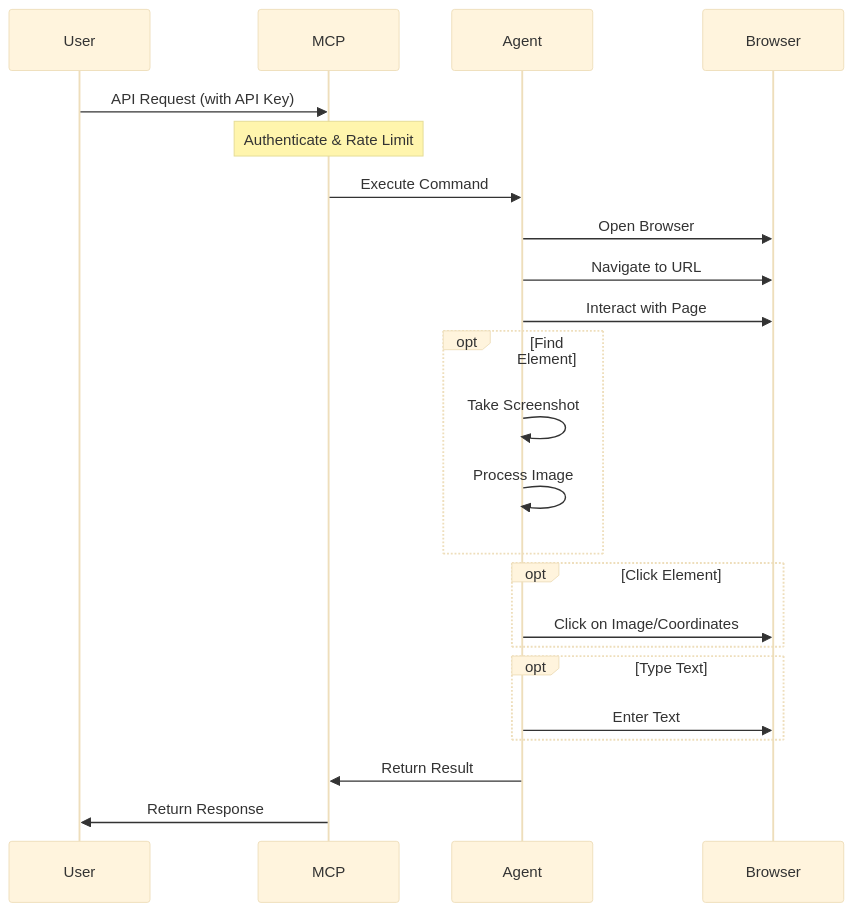
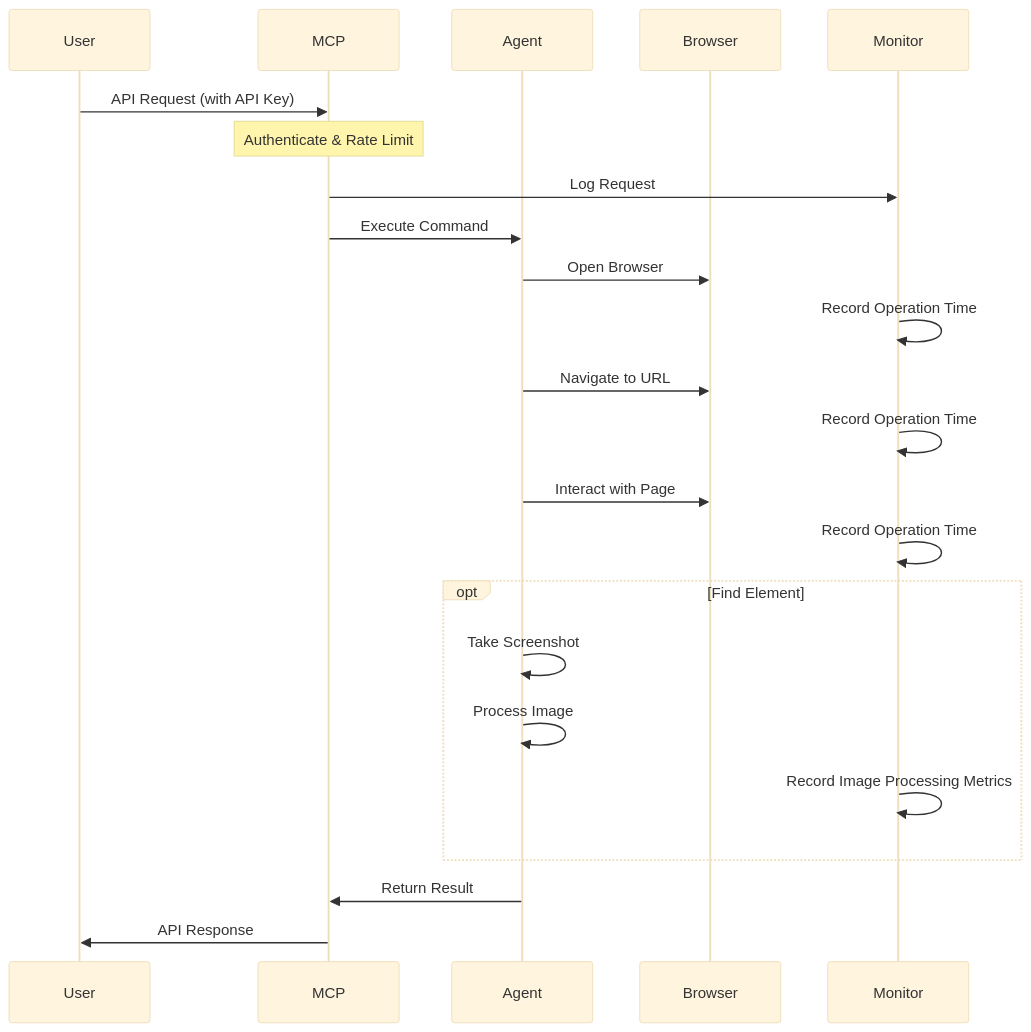
One commit to SpencerBrown1717/lvl3.ai_computer_use_try1 changed the second of 2 diagrams in README.md. Above: the diagram before and after it, drawn with Mermaid (base theme). The commit also changed other lines of this file and 42 other files, not shown here.

````diff
--- a/README.md
+++ b/README.md
@@ -131,30 +220,31 @@
 ```mermaid
 sequenceDiagram
     participant User
     participant MCP
     participant Agent
     participant Browser
+    participant Monitor
     
     User->>MCP: API Request (with API Key)
     Note over MCP: Authenticate & Rate Limit
+    MCP->>Monitor: Log Request
     MCP->>Agent: Execute Command
+    
     Agent->>Browser: Open Browser
+    Monitor->>Monitor: Record Operation Time
+    
     Agent->>Browser: Navigate to URL
+    Monitor->>Monitor: Record Operation Time
+    
     Agent->>Browser: Interact with Page
+    Monitor->>Monitor: Record Operation Time
     
     opt Find Element
         Agent->>Agent: Take Screenshot
         Agent->>Agent: Process Image
-    end
-    
-    opt Click Element
-        Agent->>Browser: Click on Image/Coordinates
-    end
-    
-    opt Type Text
-        Agent->>Browser: Enter Text
+        Monitor->>Monitor: Record Image Processing Metrics
     end
     
     Agent->>MCP: Return Result
-    MCP->>User: Return Response
+    MCP->>User: API Response
 ```
````
